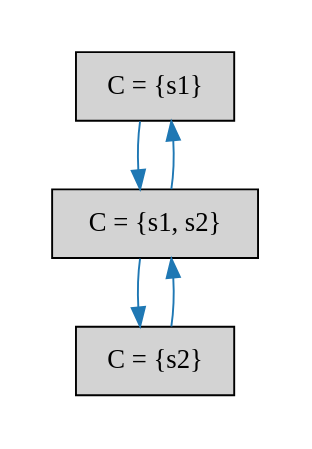
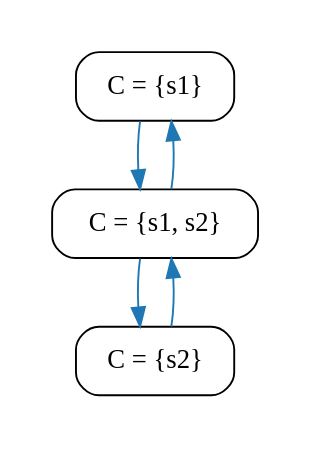
The diagram in notes/raft_reconfig_bug/quorums_n2.dot (will62794/logless-reconfig), drawn with Graphviz before and after one commit. The commit also changed 12 other files, not shown here.

Commit message:
update diagrams

```diff
--- a/notes/raft_reconfig_bug/quorums_n2.dot
+++ b/notes/raft_reconfig_bug/quorums_n2.dot
@@ -1,16 +1,16 @@
 strict digraph DiskGraph {
 node [shape=box,style=rounded]
 edge [colorscheme="paired12"]
 nodesep=0.35;
 subgraph cluster_graph {
 color="white";
-5018994694714287693 [label="C = {s1}",style = filled]
--4812538024036486086 [label="C = {s2}",style = filled]
-9133091864389367327 [label="C = {s1, s2}",style = filled]
-5018994694714287693 -> 9133091864389367327 [label="",color="2",fontcolor="2"];
--4812538024036486086 -> 9133091864389367327 [label="",color="2",fontcolor="2"];
-9133091864389367327 -> -4812538024036486086 [label="",color="2",fontcolor="2"];
-9133091864389367327 -> 5018994694714287693 [label="",color="2",fontcolor="2"];
+8550087955861812460 [label="C = {s1}"]
+-2257551145180641583 [label="C = {s2}"]
+3003745898287519599 [label="C = {s1, s2}"]
+8550087955861812460 -> 3003745898287519599 [label="",color="2",fontcolor="2"];
+-2257551145180641583 -> 3003745898287519599 [label="",color="2",fontcolor="2"];
+3003745898287519599 -> -2257551145180641583 [label="",color="2",fontcolor="2"];
+3003745898287519599 -> 8550087955861812460 [label="",color="2",fontcolor="2"];
 
 }
 }
```
